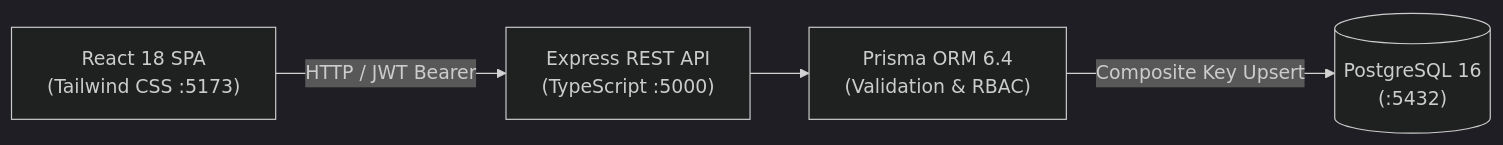
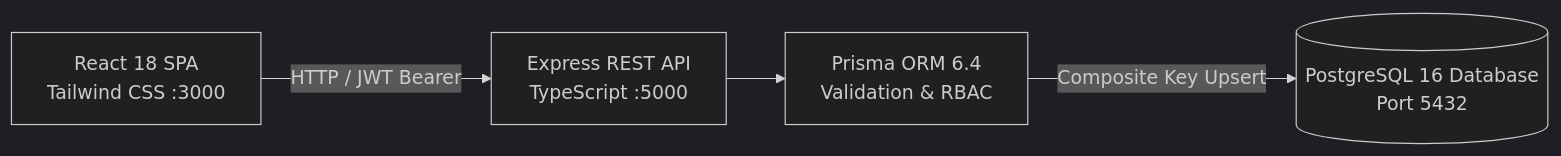
Before and after one commit to tanmayythakare/store-sphere: the diagram in README.md, drawn with Mermaid (dark theme). The commit also changed other lines of this file and 4 other files, not shown here.

Commit message:
fix(ci): add database seed step, fix mermaid render syntax, and resolve server paths

````diff
--- a/README.md
+++ b/README.md
@@ -66,11 +66,11 @@
 ```mermaid
 flowchart LR
-    Client["React 18 SPA<br/>(Tailwind CSS :5173)"]
-    Server["Express REST API<br/>(TypeScript :5000)"]
-    Prisma["Prisma ORM 6.4<br/>(Validation & RBAC)"]
-    DB[("PostgreSQL 16<br/>(:5432)")]
+    Client["React 18 SPA<br/>Tailwind CSS :3000"]
+    Server["Express REST API<br/>TypeScript :5000"]
+    Prisma["Prisma ORM 6.4<br/>Validation & RBAC"]
+    DB[("PostgreSQL 16 Database<br/>Port 5432")]
 
-    Client -->|"HTTP / JWT Bearer"| Server
+    Client -->|HTTP / JWT Bearer| Server
     Server --> Prisma
-    Prisma -->|"Composite Key Upsert"| DB
+    Prisma -->|Composite Key Upsert| DB
 ```
````
